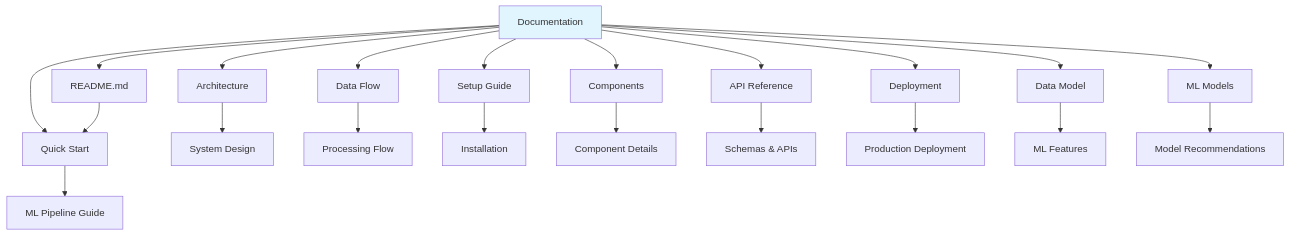
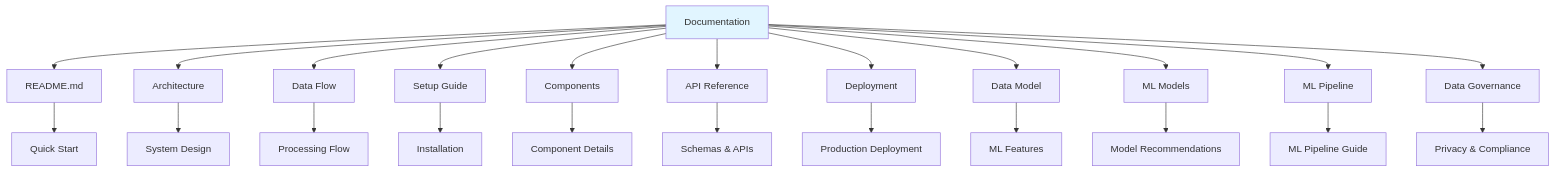
One commit to kanhaiya-gupta/Media_Publishing changed the diagram in docs/README.md. Above: the diagram before and after it, drawn with Mermaid. The commit also changed other lines of this file and 3 other files, not shown here.

````diff
--- a/docs/README.md
+++ b/docs/README.md
@@ -7,26 +7,28 @@
 ```mermaid
 graph TB
     A[Documentation] --> B[README.md]
     A --> C[Architecture]
     A --> D[Data Flow]
     A --> E[Setup Guide]
     A --> F[Components]
     A --> G[API Reference]
     A --> H[Deployment]
     A --> I[Data Model]
     A --> J[ML Models]
     A --> K[ML Pipeline]
+    A --> L[Data Governance]
     
-    B --> K[Quick Start]
-    C --> L[System Design]
-    D --> M[Processing Flow]
-    E --> N[Installation]
-    F --> O[Component Details]
-    G --> P[Schemas & APIs]
-    H --> Q[Production Deployment]
-    I --> R[ML Features]
-    J --> S[Model Recommendations]
-    K --> T[ML Pipeline Guide]
+    B --> M[Quick Start]
+    C --> N[System Design]
+    D --> O[Processing Flow]
+    E --> P[Installation]
+    F --> Q[Component Details]
+    G --> R[Schemas & APIs]
+    H --> S[Production Deployment]
+    I --> T[ML Features]
+    J --> U[Model Recommendations]
+    K --> V[ML Pipeline Guide]
+    L --> W[Privacy & Compliance]
     
     style A fill:#e1f5ff
 ```
````
